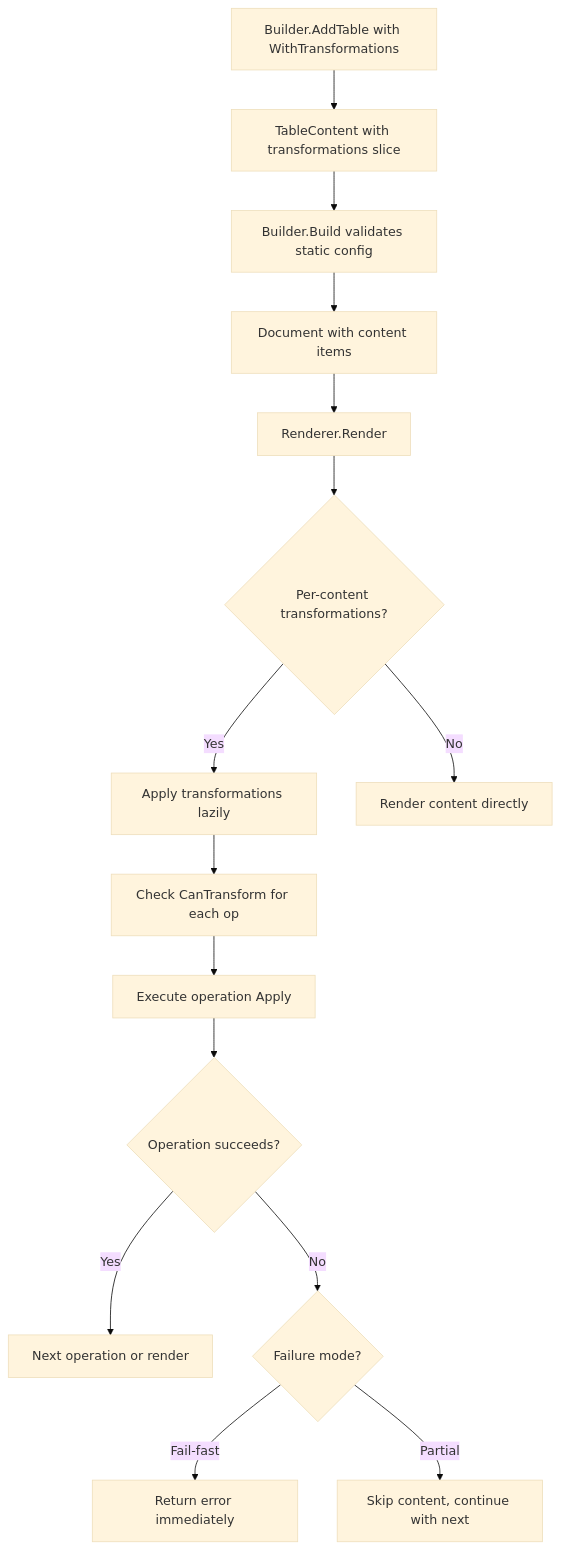
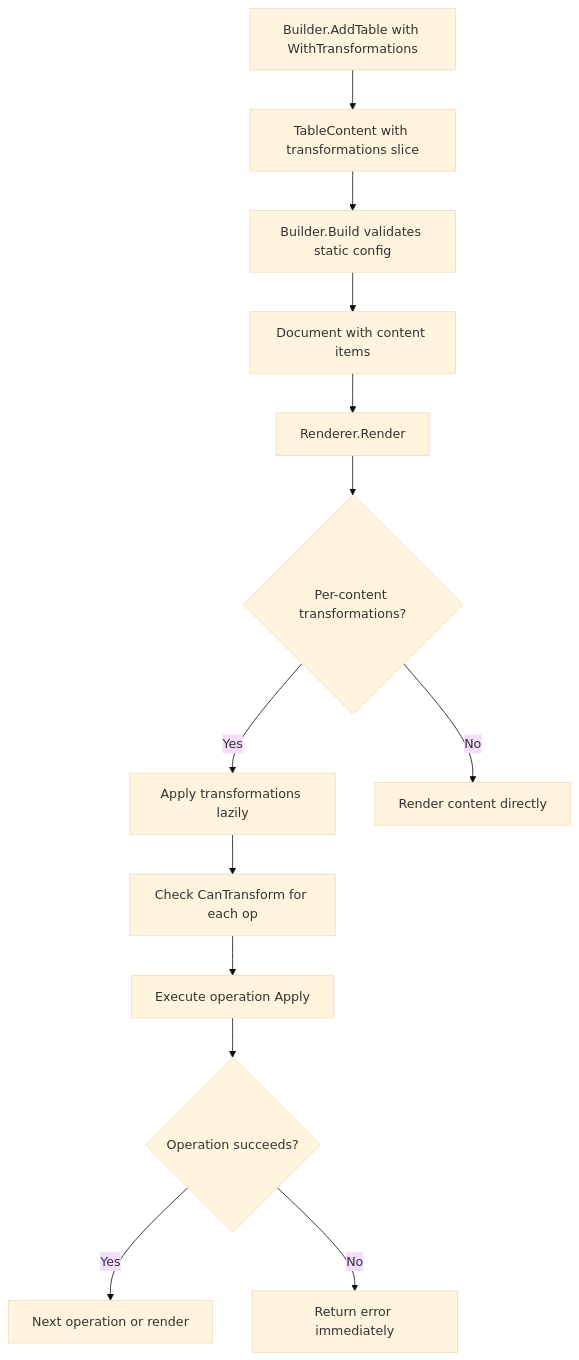
One commit to ArjenSchwarz/go-output changed the first of 2 diagrams in specs/per-content-transformations/design.md. Above: the diagram before and after it, drawn with Mermaid (base theme). The commit also changed other lines of this file and 4 other files, not shown here.

````diff
--- a/specs/per-content-transformations/design.md
+++ b/specs/per-content-transformations/design.md
@@ -19,17 +19,15 @@
 ```mermaid
 graph TD
     A[Builder.AddTable with WithTransformations] --> B[TableContent with transformations slice]
     B --> C[Builder.Build validates static config]
     C --> D[Document with content items]
     D --> E[Renderer.Render]
     E --> F{Per-content transformations?}
     F -->|Yes| G[Apply transformations lazily]
     F -->|No| H[Render content directly]
     G --> I[Check CanTransform for each op]
     I --> J[Execute operation Apply]
     J --> K{Operation succeeds?}
     K -->|Yes| L[Next operation or render]
-    K -->|No| M{Failure mode?}
-    M -->|Fail-fast| N[Return error immediately]
-    M -->|Partial| O[Skip content, continue with next]
+    K -->|No| M[Return error immediately]
 ```
````
